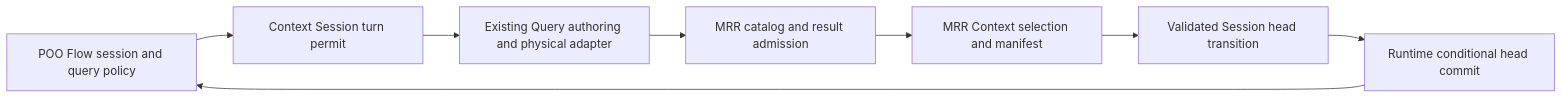
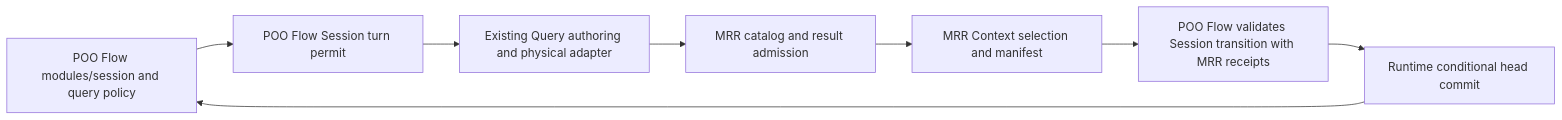
The first of 2 diagrams in docs/architecture/0038-context-session-lifecycle.org (tao3k/meta-relational-reasoning), drawn with Mermaid before and after one commit. The commit also changed other lines of this file and 8 other files, not shown here.

Commit message:
docs(context): keep Session ownership in POO Flow

```diff
--- a/docs/architecture/0038-context-session-lifecycle.org
+++ b/docs/architecture/0038-context-session-lifecycle.org
@@ -54,10 +59,10 @@
 #+begin_src mermaid
 flowchart LR
-  P[POO Flow session and query policy] --> T[Context Session turn permit]
+  P[POO Flow modules/session and query policy] --> T[POO Flow Session turn permit]
   T --> Q[Existing Query authoring and physical adapter]
   Q --> A[MRR catalog and result admission]
   A --> X[MRR Context selection and manifest]
-  X --> H[Validated Session head transition]
+  X --> H[POO Flow validates Session transition with MRR receipts]
   H --> R[Runtime conditional head commit]
   R --> P
 #+end_src
```
